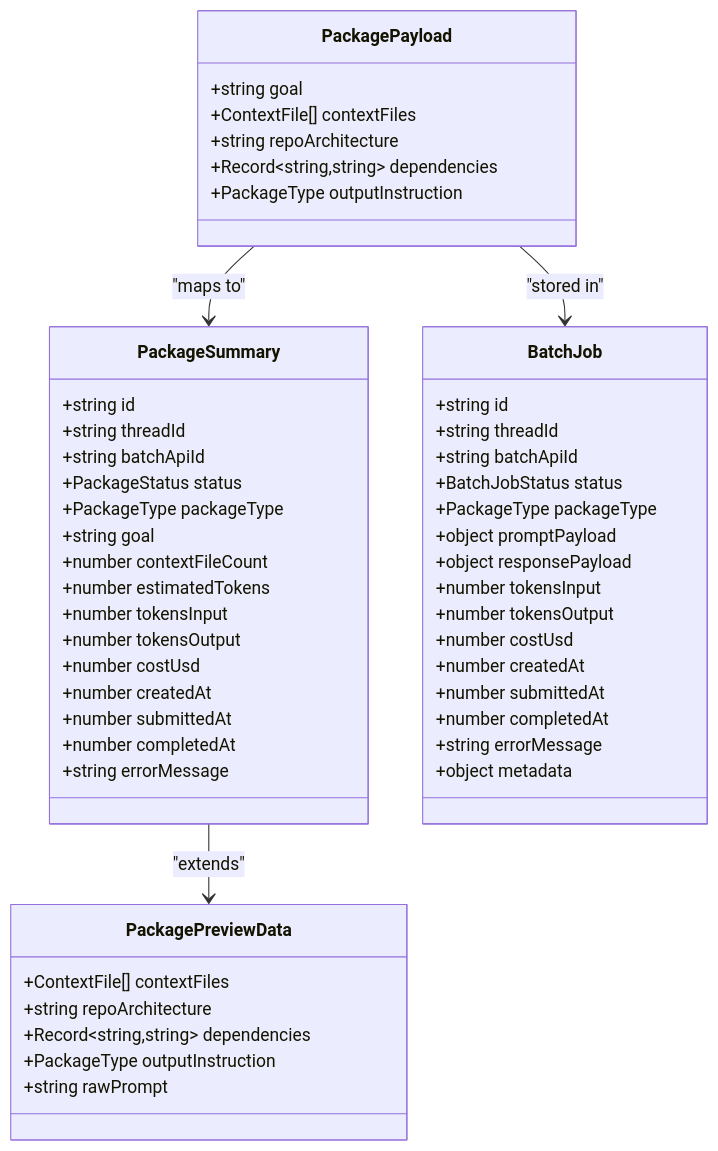
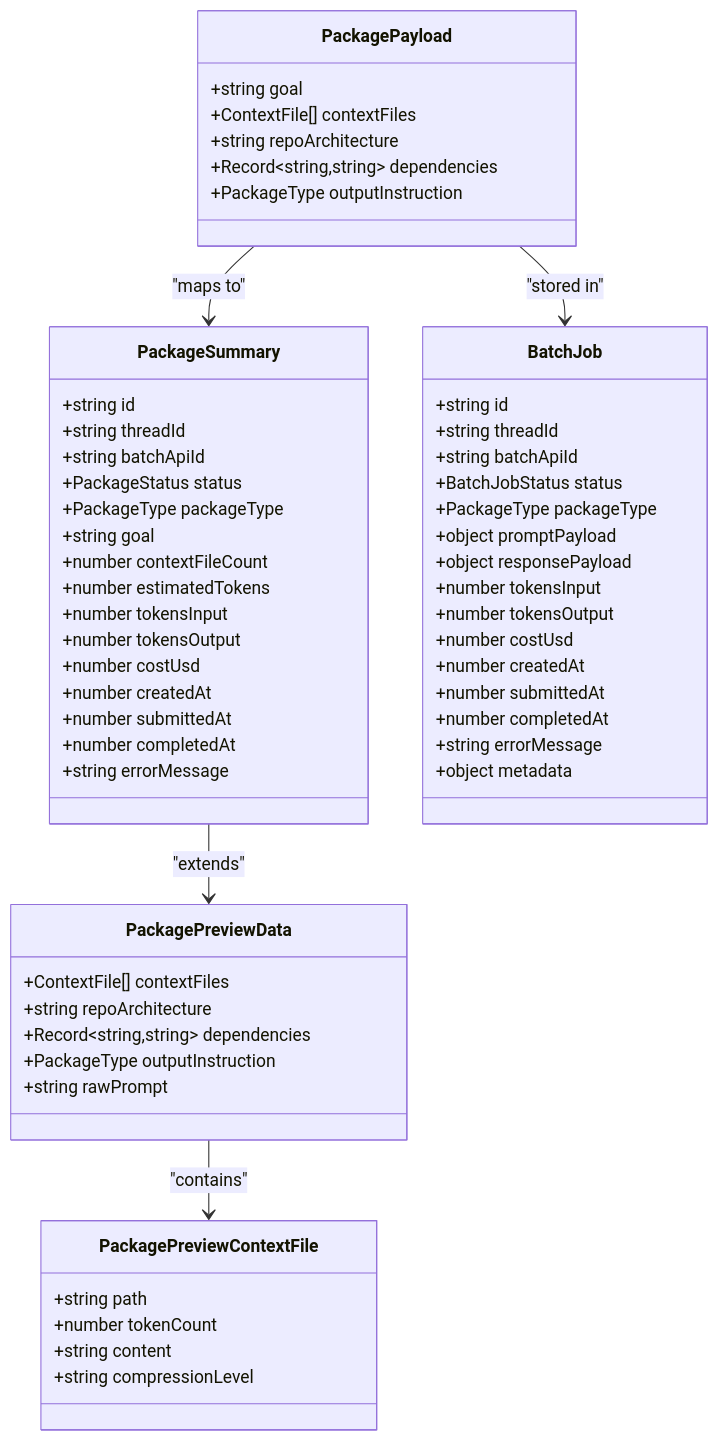
The second of 9 diagrams in .qoder/repowiki/en/content/Webview Interface/Packages Management System.md (bramburn/repomix-runner), drawn with Mermaid before and after one commit. The commit also changed other lines of this file and 27 other files, not shown here.

````diff
--- a/.qoder/repowiki/en/content/Webview Interface/Packages Management System.md
+++ b/.qoder/repowiki/en/content/Webview Interface/Packages Management System.md
@@ -92,54 +102,61 @@
 ```mermaid
 classDiagram
 class PackagePayload {
 +string goal
 +ContextFile[] contextFiles
 +string repoArchitecture
 +Record~string,string~ dependencies
 +PackageType outputInstruction
 }
 class PackageSummary {
 +string id
 +string threadId
 +string batchApiId
 +PackageStatus status
 +PackageType packageType
 +string goal
 +number contextFileCount
 +number estimatedTokens
 +number tokensInput
 +number tokensOutput
 +number costUsd
 +number createdAt
 +number submittedAt
 +number completedAt
 +string errorMessage
+}
+class PackagePreviewContextFile {
++string path
++number tokenCount
++string content
++string compressionLevel
 }
 class PackagePreviewData {
 +ContextFile[] contextFiles
 +string repoArchitecture
 +Record~string,string~ dependencies
 +PackageType outputInstruction
 +string rawPrompt
 }
 class BatchJob {
 +string id
 +string threadId
 +string batchApiId
 +BatchJobStatus status
 +PackageType packageType
 +object promptPayload
 +object responsePayload
 +number tokensInput
 +number tokensOutput
 +number costUsd
 +number createdAt
 +number submittedAt
 +number completedAt
 +string errorMessage
 +object metadata
 }
 PackagePayload --> PackageSummary : "maps to"
 PackageSummary --> PackagePreviewData : "extends"
 PackagePayload --> BatchJob : "stored in"
+PackagePreviewData --> PackagePreviewContextFile : "contains"
 ```
````
